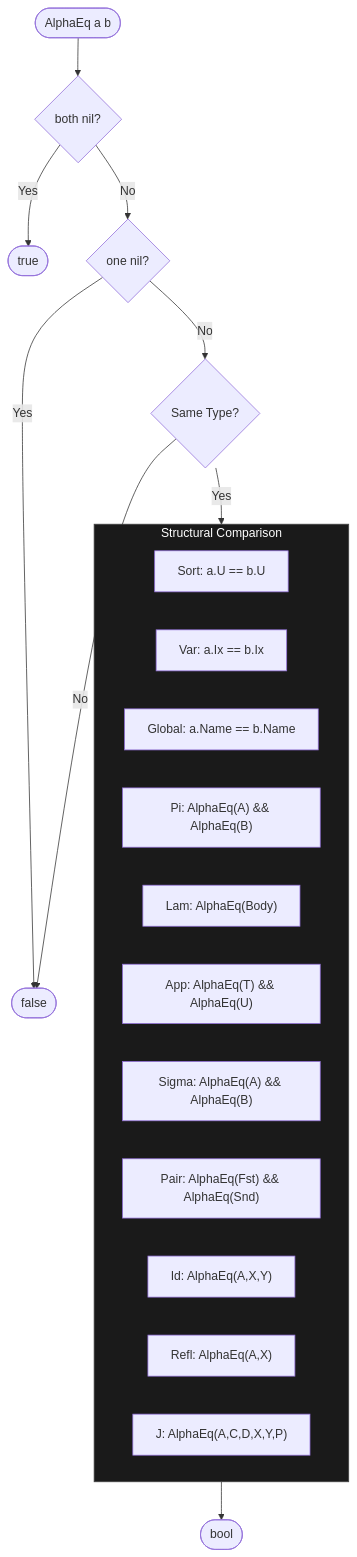
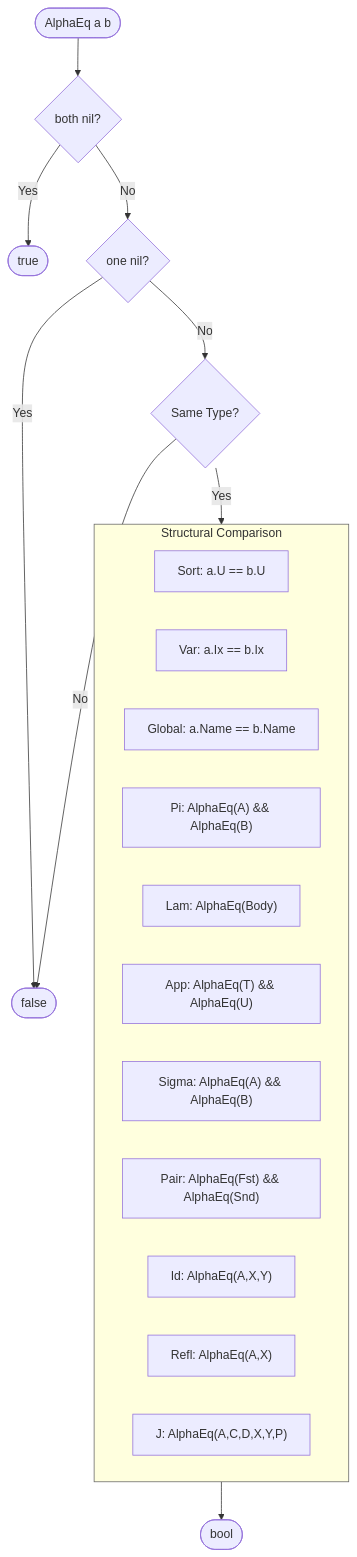
Before and after one commit to watchthelight/HypergraphGo: diagram 21 of 26 in DIAGRAMS.md, drawn with Mermaid. The commit also changed other lines of this file and 1 other file, not shown here.

Commit message:
Diagram updates

````diff
--- a/DIAGRAMS.md
+++ b/DIAGRAMS.md
@@ -1199,30 +1449,30 @@
 ```mermaid
 flowchart TB
     Start([AlphaEq a b]) --> NilCheck{both nil?}
     NilCheck -->|Yes| ReturnTrue([true])
     NilCheck -->|No| OneNil{one nil?}
     OneNil -->|Yes| ReturnFalse([false])
     OneNil -->|No| TypeMatch
 
     TypeMatch{Same Type?}
     TypeMatch -->|No| ReturnFalse
     TypeMatch -->|Yes| Compare
 
     subgraph Compare["Structural Comparison"]
         C1["Sort: a.U == b.U"]
         C2["Var: a.Ix == b.Ix"]
         C3["Global: a.Name == b.Name"]
         C4["Pi: AlphaEq(A) && AlphaEq(B)"]
         C5["Lam: AlphaEq(Body)"]
         C6["App: AlphaEq(T) && AlphaEq(U)"]
         C7["Sigma: AlphaEq(A) && AlphaEq(B)"]
         C8["Pair: AlphaEq(Fst) && AlphaEq(Snd)"]
         C9["Id: AlphaEq(A,X,Y)"]
         C10["Refl: AlphaEq(A,X)"]
         C11["J: AlphaEq(A,C,D,X,Y,P)"]
     end
 
     Compare --> Result([bool])
 
-    style Compare fill:#1a1a1a,stroke:#444,color:#fff
+    style Compare stroke:#666
 ```
````
